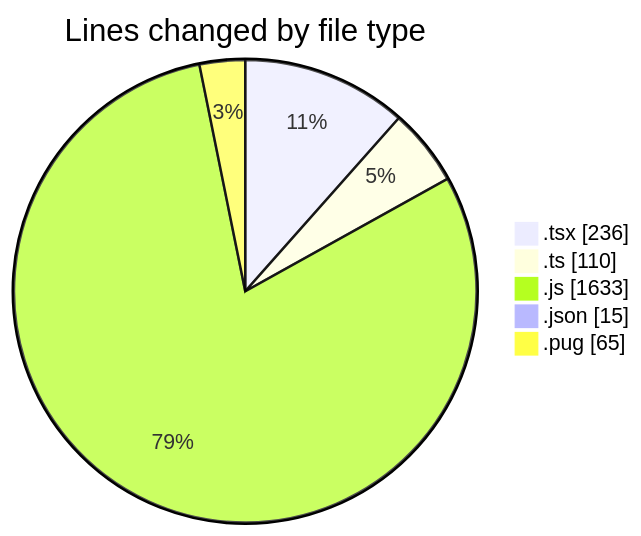
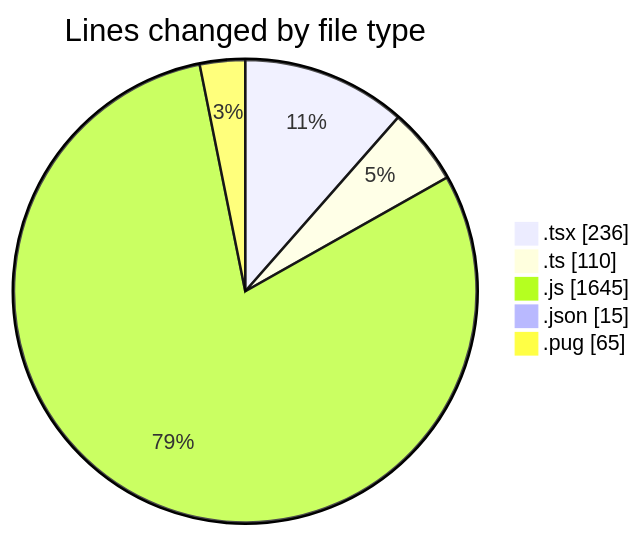
The first of 2 diagrams in 2025-03-24/cda/README.md (momahboobian/code-tracking), drawn with Mermaid before and after one commit. The commit also changed other lines of this file and 1 other file, not shown here.

````diff
--- a/2025-03-24/cda/README.md
+++ b/2025-03-24/cda/README.md
@@ -30,9 +30,9 @@
 ```mermaid
 pie showData
 title Lines changed by file type
 ".tsx" : 236
 ".ts" : 110
-".js" : 1633
+".js" : 1645
 ".json" : 15
 ".pug" : 65
 ```
````
